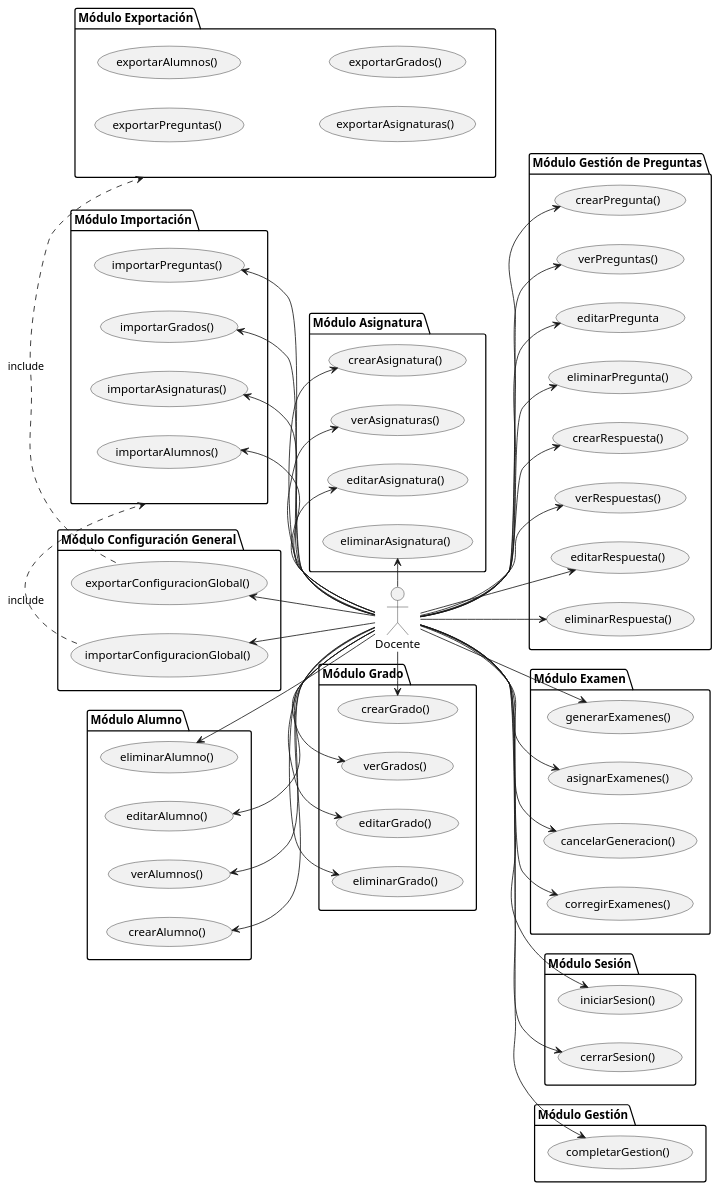
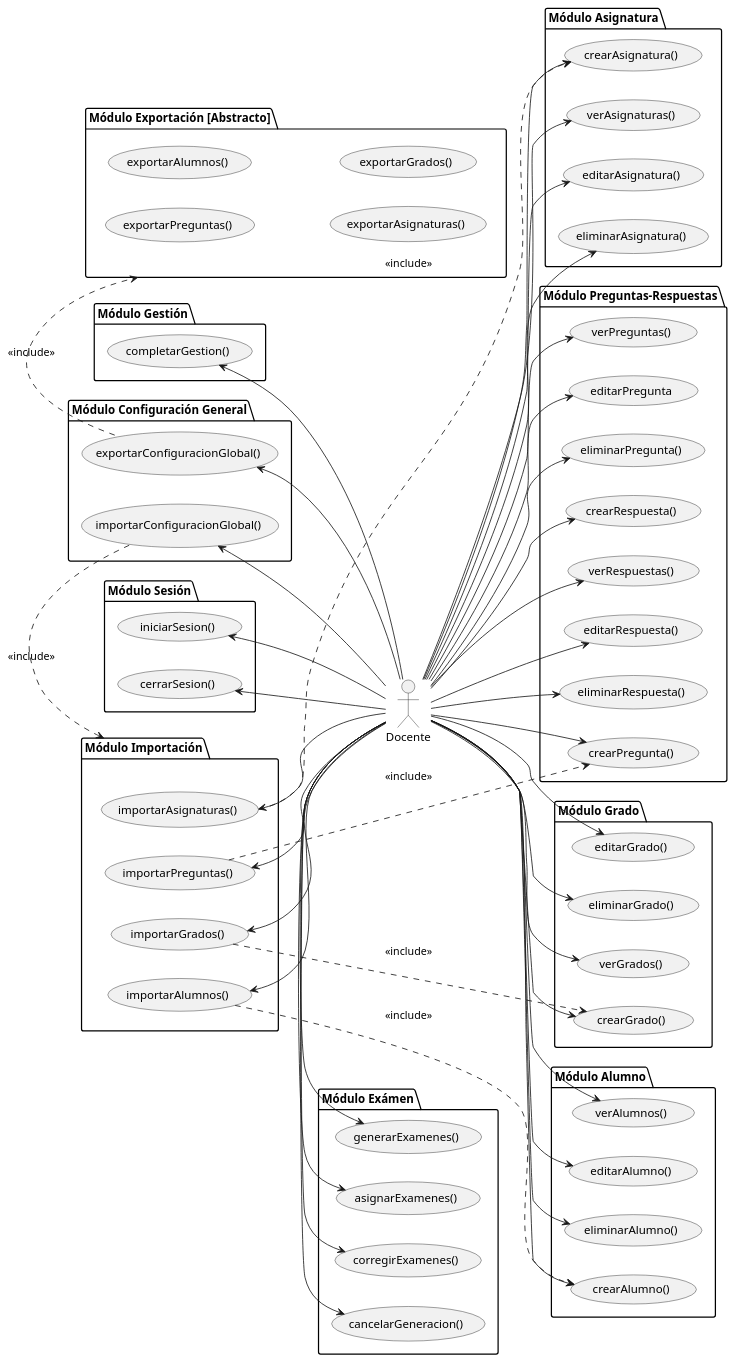
Before and after one commit to martinlopez7/25-26-IdSw1-SdR: the diagram in documents/casos-de-uso/encontrarActoresYCasosDeUso/actoresYCasosDeUso-docente.puml, drawn with PlantUML. The commit also changed 1 other file, not shown here.

Commit message:
feat(cu): añade herencia del tipo "include" a los casos de uso de importar con los de crear

```diff
--- a/documents/casos-de-uso/encontrarActoresYCasosDeUso/actoresYCasosDeUso-docente.puml
+++ b/documents/casos-de-uso/encontrarActoresYCasosDeUso/actoresYCasosDeUso-docente.puml
@@ -1,119 +1,119 @@
 @startuml actoresYCasosDeUso-docente
 
 left to right direction
 
 actor "Docente" as doc
 
 package "Módulo Grado" {
   usecase "crearGrado()" as UC1
   usecase "verGrados()" as UC2
   usecase "editarGrado()" as UC3
   usecase "eliminarGrado()" as UC4
-  
-  
 }
 
 package "Módulo Asignatura" {
   usecase "crearAsignatura()" as UC5
   usecase "verAsignaturas()" as UC6
   usecase "editarAsignatura()" as UC7
   usecase "eliminarAsignatura()" as UC8
-  
-  
 }
 
 package "Módulo Alumno" {
   usecase "crearAlumno()" as UC9
   usecase "verAlumnos()" as UC10
   usecase "editarAlumno()" as UC11
   usecase "eliminarAlumno()" as UC12
-  
-  
 }
 
-package "Módulo Gestión de Preguntas" {
+package "Módulo Preguntas-Respuestas" {
   usecase "crearPregunta()" as UC20
   usecase "verPreguntas()" as UC21
   usecase "editarPregunta" as UC22
   usecase "eliminarPregunta()" as UC23
  
- 
- usecase "crearRespuesta()" as UC32
+  usecase "crearRespuesta()" as UC32
   usecase "verRespuestas()" as UC33
   usecase "editarRespuesta()" as UC34
   usecase "eliminarRespuesta()" as UC35
 }
 
 package "Módulo Configuración General" {
   usecase "exportarConfiguracionGlobal()" as UC26
   usecase "importarConfiguracionGlobal()" as UC27
 }
 
-package "Módulo Examen" {
+package "Módulo Exámen" {
   usecase "generarExamenes()" as UC28
   usecase "asignarExamenes()" as UC29
   usecase "cancelarGeneracion()" as UC40
   usecase "corregirExamenes()" as UC31
 }
 
 package "Módulo Sesión" {
   usecase "iniciarSesion()" as UC42
   usecase "cerrarSesion()" as UC43
 }
 
 package "Módulo Gestión" {
   usecase "completarGestion()" as UC13
 
 }
 package "Módulo Importación" as MI45{
   usecase "importarAsignaturas()" as UC38
   usecase "importarPreguntas()" as UC24
   usecase "importarAlumnos()" as UC19
   usecase "importarGrados()" as UC36
 }
-package "Módulo Exportación" as ME44{
+package "Módulo Exportación [Abstracto]" as ME44{
 usecase "exportarPreguntas()" as UC25
 usecase "exportarAlumnos()" as UC17
 usecase "exportarAsignaturas()" as UC39
 usecase "exportarGrados()" as UC37
 }
 
 
-doc -l-> UC1
-doc -l-> UC2
-doc -l-> UC3
-doc -l-> UC4
-doc -l-> UC5
-doc -l-> UC6
-doc -l-> UC7
-doc -l-> UC8
-doc -u-> UC9
-doc -u-> UC10
-doc -u-> UC11
-doc -u-> UC12
-doc --> UC13
+doc --> UC1
+doc --> UC2
+doc --> UC3
+doc --> UC4
+
+doc --> UC5
+doc --> UC6
+doc --> UC7
+doc --> UC8
+
+doc --> UC9
+doc --> UC10
+doc --> UC11
+doc --> UC12
+
+doc -u-> UC13
 doc -u-> UC19
 doc -d-> UC20
 doc -d-> UC21
 doc -d-> UC22
 doc -d-> UC23
 doc -d-> UC24
 
 doc -u-> UC26
 doc -u-> UC27
-doc --> UC28
-doc --> UC29
-doc --> UC31
+doc -l-> UC28
+doc -l-> UC29
+doc -l-> UC31
 doc -d-> UC32
 doc -d-> UC33
 doc -d-> UC34
 doc -d-> UC35
 doc -l-> UC36
 doc -l-> UC38
-doc --> UC40
-doc --> UC42
-doc --> UC43
-ME44<.r.UC26 :include
-MI45<.r.UC27 :include
+doc -l-> UC40
+doc -u-> UC42
+doc -u-> UC43
+ME44<.r.UC26 : <<include>>
+MI45<.r.UC27 : <<include>>
+UC38 .> UC5 : <<include>>
+UC36 .> UC1 : <<include>>
+UC24 .> UC20 : <<include>>
+UC19 .> UC9 : <<include>>
 
 @enduml
```
